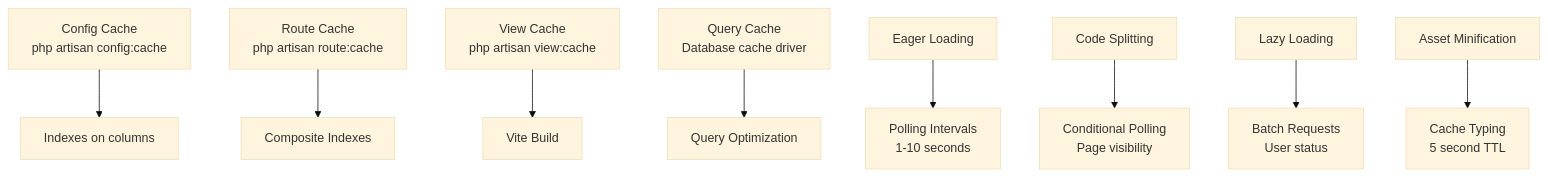
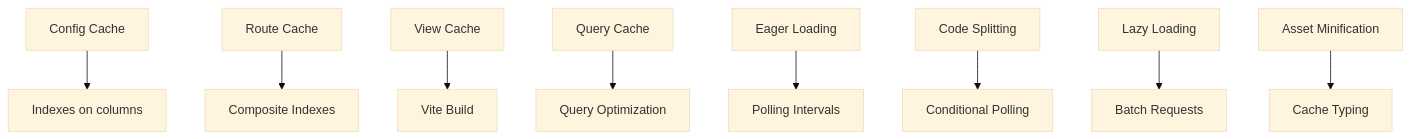
Before and after one commit to vd120/laravel_project: diagram 27 of 29 in UML.md, drawn with Mermaid (base theme). The commit also changed other lines of this file, not shown here.

````diff
--- a/UML.md
+++ b/UML.md
@@ -1314,28 +1294,28 @@
 ```mermaid
 flowchart TB
-    C1[Config Cache<br/>php artisan config:cache]
-    C2[Route Cache<br/>php artisan route:cache]
-    C3[View Cache<br/>php artisan view:cache]
-    C4[Query Cache<br/>Database cache driver]
+    C1[Config Cache]
+    C2[Route Cache]
+    C3[View Cache]
+    C4[Query Cache]
     D1[Indexes on columns]
     D2[Composite Indexes]
     D3[Query Optimization]
     D4[Eager Loading]
     F1[Vite Build]
     F2[Code Splitting]
     F3[Lazy Loading]
     F4[Asset Minification]
-    R1[Polling Intervals<br/>1-10 seconds]
-    R2[Conditional Polling<br/>Page visibility]
-    R3[Batch Requests<br/>User status]
-    R4[Cache Typing<br/>5 second TTL]
+    R1[Polling Intervals]
+    R2[Conditional Polling]
+    R3[Batch Requests]
+    R4[Cache Typing]
 
     C1 --> D1
     C2 --> D2
     C3 --> F1
     C4 --> D3
     D4 --> R1
     F2 --> R2
     F3 --> R3
     F4 --> R4
 ```
````
